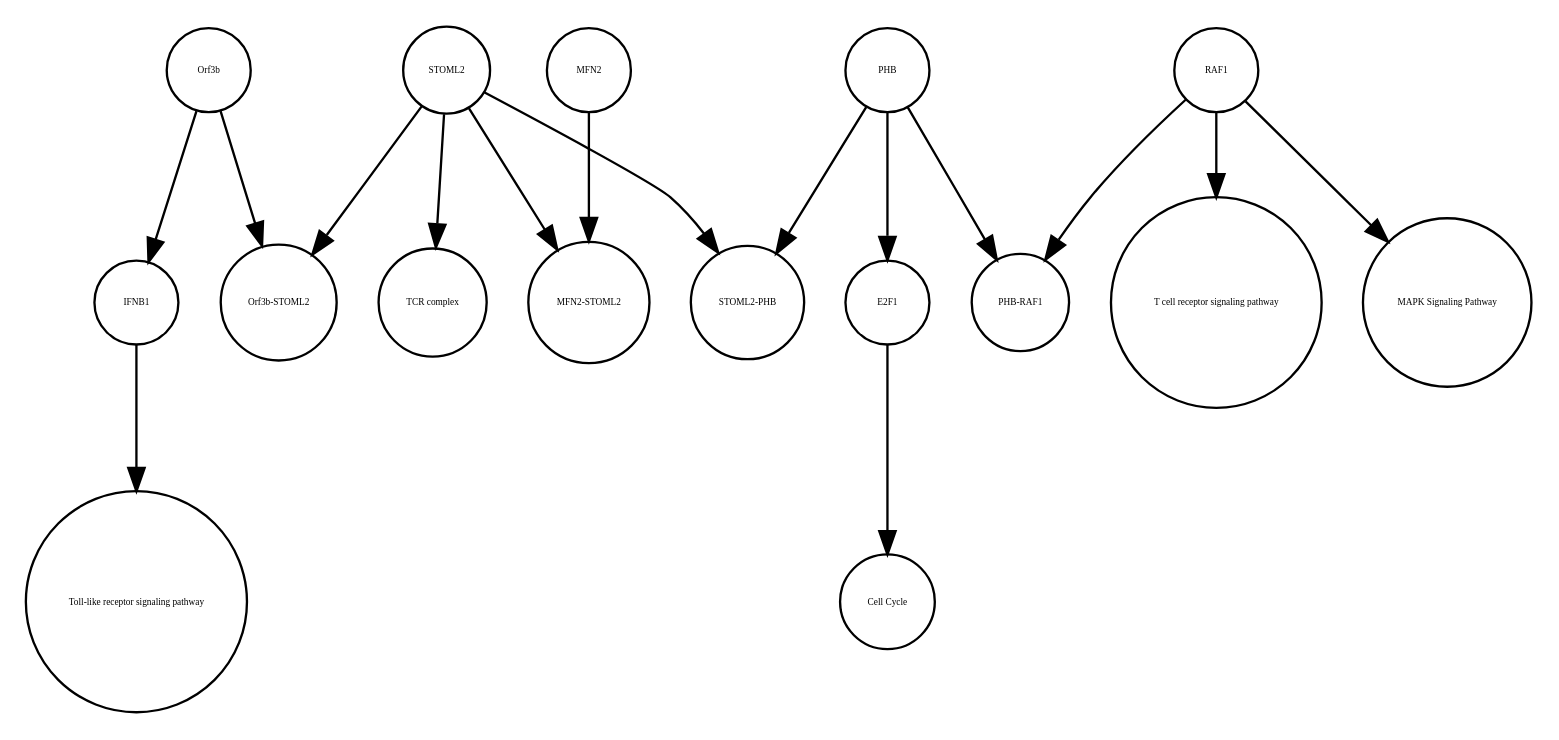
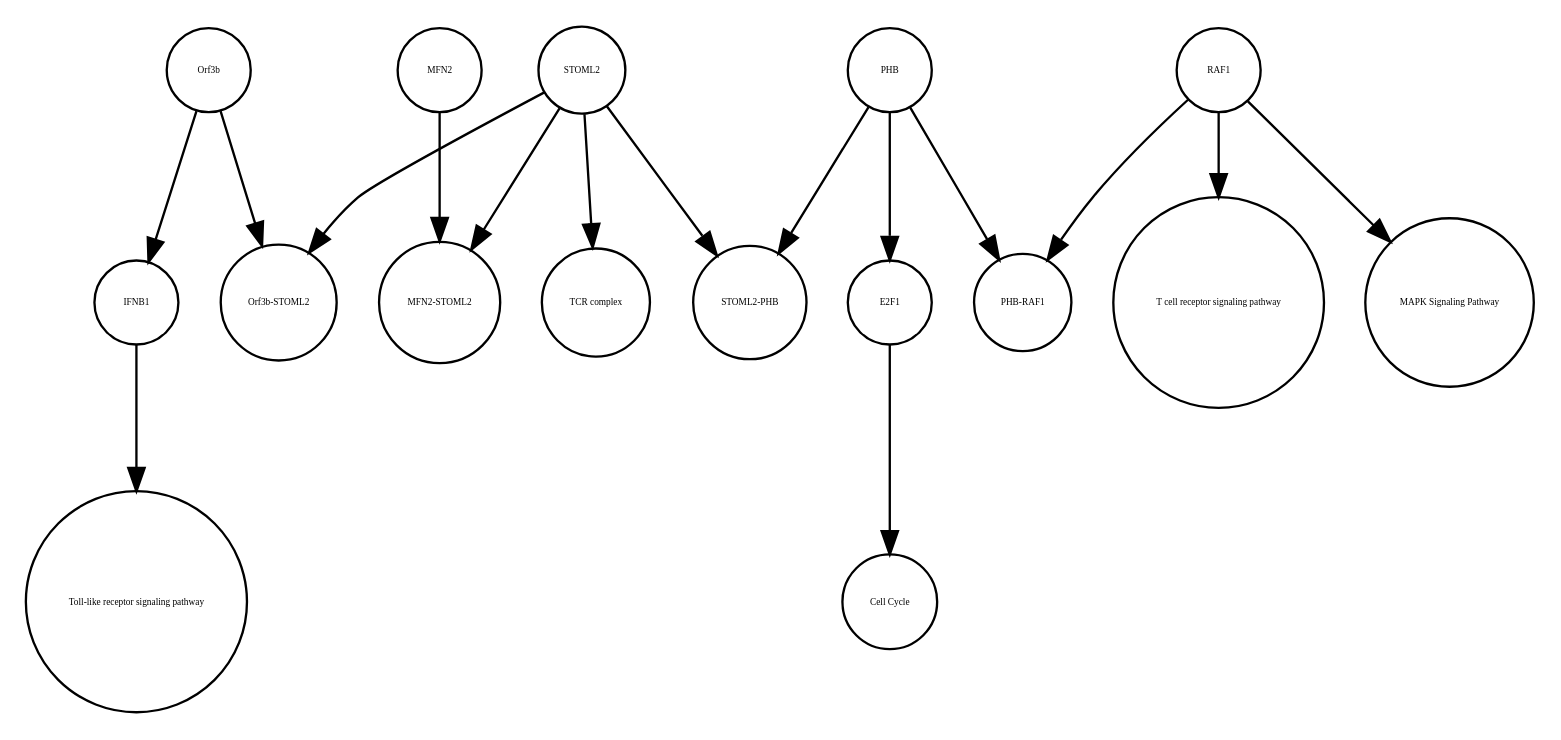
The diagram in Orf3b_0620_2020.xml_projected.dot (cannin/covid19-sbgn), drawn with Graphviz before and after one commit. The commit also changed other lines of this file and 572 other files, not shown here.

```diff
--- a/Orf3b_0620_2020.xml_projected.dot
+++ b/Orf3b_0620_2020.xml_projected.dot
@@ -1,33 +1,33 @@
 strict digraph  {
 Orf3b [annotation="", bipartite=0, cls=macromolecule, fontsize=4, label=Orf3b, shape=circle];
 IFNB1 [annotation=urn_miriam_uniprot_P01574, bipartite=0, cls=macromolecule, fontsize=4, label=IFNB1, shape=circle];
 "Toll-like receptor signaling pathway" [annotation="urn_miriam_kegg.pathway_hsa04620", bipartite=0, cls=phenotype, fontsize=4, label="Toll-like receptor signaling pathway", shape=circle];
 PHB [annotation=urn_miriam_uniprot_P35232, bipartite=0, cls=macromolecule, fontsize=4, label=PHB, shape=circle];
 E2F1 [annotation=urn_miriam_uniprot_Q01094, bipartite=0, cls=macromolecule, fontsize=4, label=E2F1, shape=circle];
 "Cell Cycle" [annotation="urn_miriam_kegg.pathway_hsa04110", bipartite=0, cls=phenotype, fontsize=4, label="Cell Cycle", shape=circle];
 RAF1 [annotation=urn_miriam_uniprot_P04049, bipartite=0, cls=macromolecule, fontsize=4, label=RAF1, shape=circle];
 "MAPK Signaling Pathway" [annotation="urn_miriam_kegg.pathway_hsa04010", bipartite=0, cls=phenotype, fontsize=4, label="MAPK Signaling Pathway", shape=circle];
 "T cell receptor signaling pathway" [annotation="urn_miriam_kegg.pathway_hsa04660", bipartite=0, cls=phenotype, fontsize=4, label="T cell receptor signaling pathway", shape=circle];
+"PHB-RAF1" [annotation="", bipartite=0, cls=complex, fontsize=4, label="PHB-RAF1", shape=circle];
+"MFN2-STOML2" [annotation="", bipartite=0, cls=complex, fontsize=4, label="MFN2-STOML2", shape=circle];
+MFN2 [annotation=urn_miriam_uniprot_O95140, bipartite=0, cls=macromolecule, fontsize=4, label=MFN2, shape=circle];
+"STOML2-PHB" [annotation="", bipartite=0, cls=complex, fontsize=4, label="STOML2-PHB", shape=circle];
+"TCR complex" [annotation="urn_miriam_uniprot_P07766|urn_miriam_uniprot_P04234|urn_miriam_uniprot_P09693|urn_miriam_uniprot_P20963|urn_miriam_uniprot_P01848|urn_miriam_uniprot_Q9UJZ1|urn_miriam_uniprot_P0DSE2", bipartite=0, cls=complex, fontsize=4, label="TCR complex", shape=circle];
 STOML2 [annotation=urn_miriam_pubmed_18641330, bipartite=0, cls="macromolecule multimer", fontsize=4, label=STOML2, shape=circle];
-"TCR complex" [annotation="urn_miriam_uniprot_P07766|urn_miriam_uniprot_P04234|urn_miriam_uniprot_P09693|urn_miriam_uniprot_P20963|urn_miriam_uniprot_P01848|urn_miriam_uniprot_Q9UJZ1|urn_miriam_uniprot_P0DSE2", bipartite=0, cls=complex, fontsize=4, label="TCR complex", shape=circle];
-"PHB-RAF1" [annotation="", bipartite=0, cls=complex, fontsize=4, label="PHB-RAF1", shape=circle];
 "Orf3b-STOML2" [annotation="", bipartite=0, cls=complex, fontsize=4, label="Orf3b-STOML2", shape=circle];
-"MFN2-STOML2" [annotation="", bipartite=0, cls=complex, fontsize=4, label="MFN2-STOML2", shape=circle];
-"STOML2-PHB" [annotation="", bipartite=0, cls=complex, fontsize=4, label="STOML2-PHB", shape=circle];
-MFN2 [annotation=urn_miriam_uniprot_O95140, bipartite=0, cls=macromolecule, fontsize=4, label=MFN2, shape=circle];
 Orf3b -> IFNB1  [annotation="", interaction_type=inhibition];
 Orf3b -> "Orf3b-STOML2"  [annotation="", interaction_type=production];
 IFNB1 -> "Toll-like receptor signaling pathway"  [annotation="", interaction_type=stimulation];
 PHB -> E2F1  [annotation="", interaction_type=inhibition];
+PHB -> "PHB-RAF1"  [annotation="", interaction_type=production];
 PHB -> "STOML2-PHB"  [annotation="", interaction_type=production];
-PHB -> "PHB-RAF1"  [annotation="", interaction_type=production];
 E2F1 -> "Cell Cycle"  [annotation="", interaction_type=stimulation];
 RAF1 -> "MAPK Signaling Pathway"  [annotation="", interaction_type=stimulation];
 RAF1 -> "T cell receptor signaling pathway"  [annotation="", interaction_type=stimulation];
 RAF1 -> "PHB-RAF1"  [annotation="", interaction_type=production];
+MFN2 -> "MFN2-STOML2"  [annotation="", interaction_type=production];
 STOML2 -> "Orf3b-STOML2"  [annotation="", interaction_type=production];
+STOML2 -> "STOML2-PHB"  [annotation="", interaction_type=production];
+STOML2 -> "TCR complex"  [annotation="", interaction_type=production];
 STOML2 -> "MFN2-STOML2"  [annotation="", interaction_type=production];
-STOML2 -> "TCR complex"  [annotation="", interaction_type=production];
-STOML2 -> "STOML2-PHB"  [annotation="", interaction_type=production];
-MFN2 -> "MFN2-STOML2"  [annotation="", interaction_type=production];
 }
```
